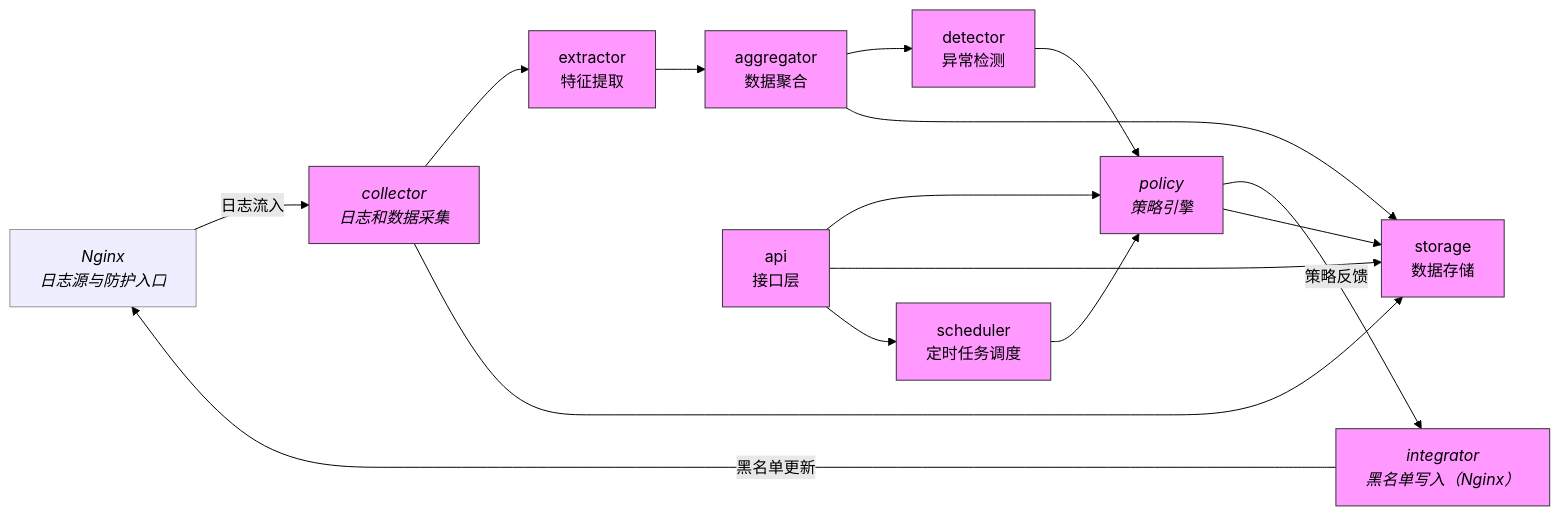
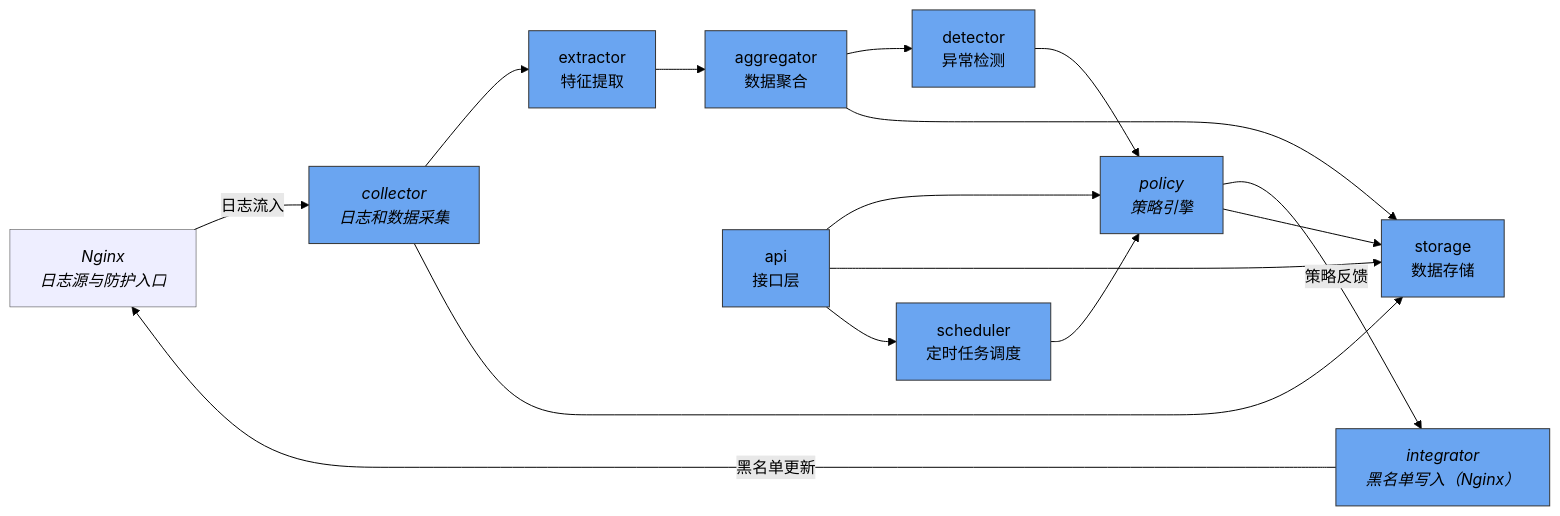
The diagram in README.md (GradyJean/Sentinel), drawn with Mermaid (forest theme) before and after one commit.

Commit message:
style(README): 更新模块样式颜色定义
- 将 mermaid 图表中的模块填充色从 #f9f 更改为 #6aa5f1
- 保持其他样式属性不变（边框、描边宽度、文字颜色）

````diff
--- a/README.md
+++ b/README.md
@@ -17,43 +17,43 @@
 ```mermaid
 flowchart LR
     %% 定义各模块节点
     Nginx[Nginx<br/>日志源与防护入口]
     Collector[collector<br/>日志和数据采集]
     Extractor[extractor<br/>特征提取]
     Aggregator[aggregator<br/>数据聚合]
     Detector[detector<br/>异常检测]
     Policy[policy<br/>策略引擎]
     Integrator[integrator<br/>黑名单写入（Nginx）]
     Storage[storage<br/>数据存储]
     Scheduler[scheduler<br/>定时任务调度]
     API[api<br/>接口层]
 
     %% 日志流入流程
     Nginx -->|日志流入| Collector
     Collector --> Extractor
     Extractor --> Aggregator
     Aggregator --> Detector
     Detector --> Policy
 
     %% 策略反馈流程
     Policy -->|策略反馈| Integrator
     Integrator -->|黑名单更新| Nginx
 
     %% 其他数据流
     Policy --> Storage
     Aggregator --> Storage
     Collector --> Storage
     Scheduler --> Policy
     API --> Policy
     API --> Storage
     API --> Scheduler
 
     %% 流程标注
     classDef flowLabel fill:#eef,stroke:#333,stroke-width:0.5px,color:#000,font-style:italic;
     class Nginx,Collector flowLabel;
     class Policy,Integrator flowLabel;
 
     %% 模块样式
-    classDef module fill:#f9f,stroke:#333,stroke-width:1px,color:#000;
+    classDef module fill:#6aa5f1,stroke:#333,stroke-width:1px,color:#000;
     class Collector,Extractor,Aggregator,Detector,Policy,Integrator,Storage,Scheduler,API module;
 ```
````
